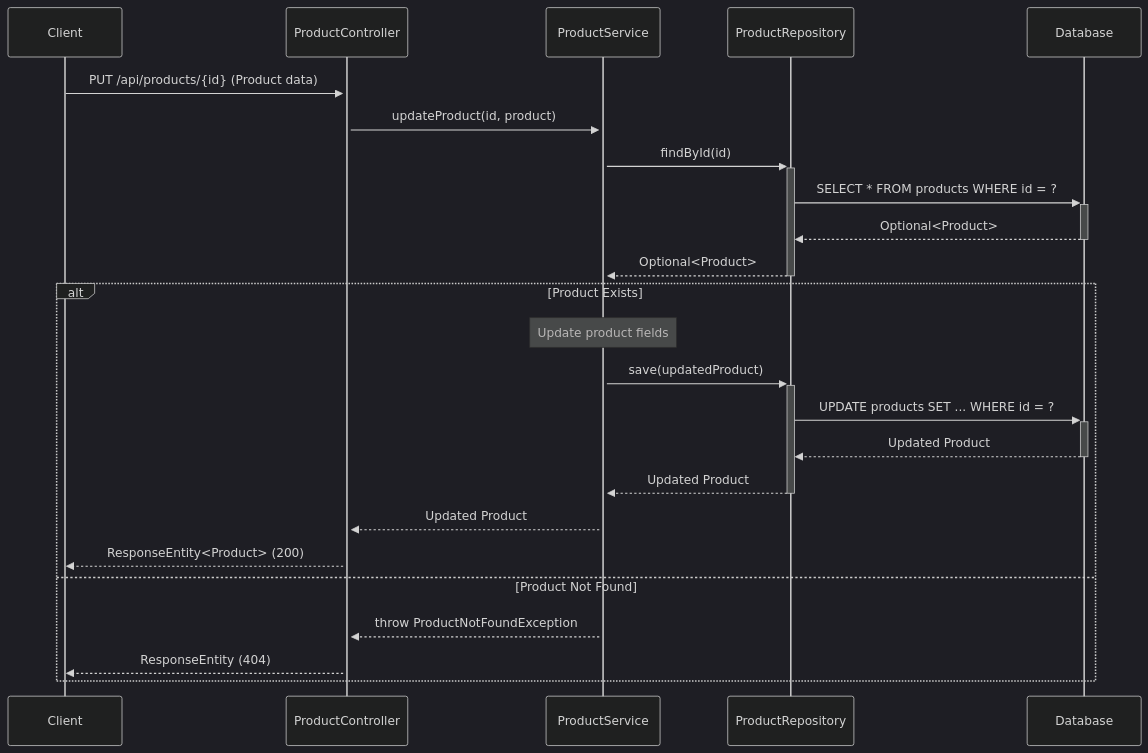
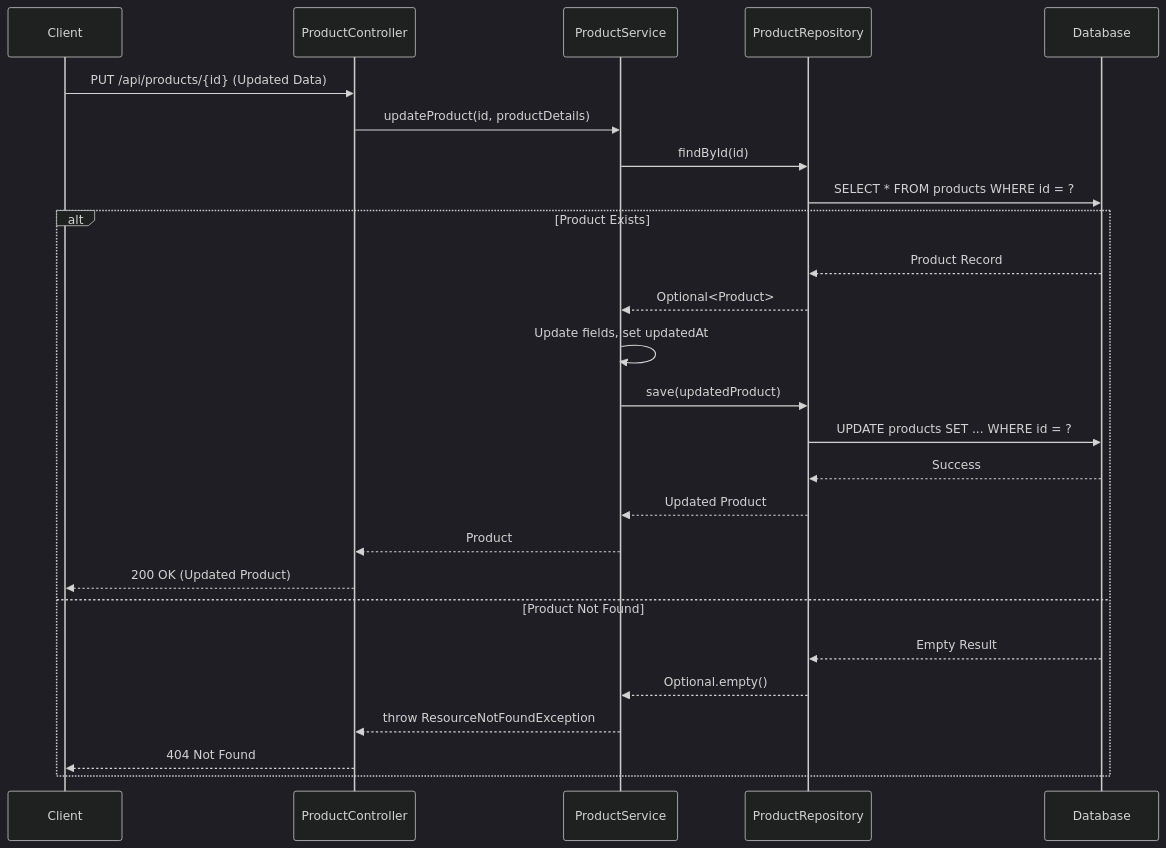
The sixth of 13 diagrams in docs/LLD/lld.md (NavneetBN47/aava-ecom-demo), drawn with Mermaid (dark theme) before and after one commit. The commit also changed other lines of this file, not shown here.

````diff
--- a/docs/LLD/lld.md
+++ b/docs/LLD/lld.md
@@ -283,29 +286,30 @@
 ```mermaid
 sequenceDiagram
     participant Client
     participant ProductController
     participant ProductService
     participant ProductRepository
     participant Database
-    
-    Client->>+ProductController: PUT /api/products/{id} (Product data)
-    ProductController->>+ProductService: updateProduct(id, product)
-    
-    ProductService->>+ProductRepository: findById(id)
-    ProductRepository->>+Database: SELECT * FROM products WHERE id = ?
-    Database-->>-ProductRepository: Optional<Product>
-    ProductRepository-->>-ProductService: Optional<Product>
+
+    Client->>ProductController: PUT /api/products/{id} (Updated Data)
+    ProductController->>ProductService: updateProduct(id, productDetails)
+    ProductService->>ProductRepository: findById(id)
+    ProductRepository->>Database: SELECT * FROM products WHERE id = ?
     
     alt Product Exists
-        Note over ProductService: Update product fields
-        ProductService->>+ProductRepository: save(updatedProduct)
-        ProductRepository->>+Database: UPDATE products SET ... WHERE id = ?
-        Database-->>-ProductRepository: Updated Product
-        ProductRepository-->>-ProductService: Updated Product
-        ProductService-->>ProductController: Updated Product
-        ProductController-->>Client: ResponseEntity<Product> (200)
+        Database-->>ProductRepository: Product Record
+        ProductRepository-->>ProductService: Optional<Product>
+        ProductService->>ProductService: Update fields, set updatedAt
+        ProductService->>ProductRepository: save(updatedProduct)
+        ProductRepository->>Database: UPDATE products SET ... WHERE id = ?
+        Database-->>ProductRepository: Success
+        ProductRepository-->>ProductService: Updated Product
+        ProductService-->>ProductController: Product
+        ProductController-->>Client: 200 OK (Updated Product)
     else Product Not Found
-        ProductService-->>ProductController: throw ProductNotFoundException
-        ProductController-->>Client: ResponseEntity (404)
+        Database-->>ProductRepository: Empty Result
+        ProductRepository-->>ProductService: Optional.empty()
+        ProductService-->>ProductController: throw ResourceNotFoundException
+        ProductController-->>Client: 404 Not Found
     end
 ```
````
